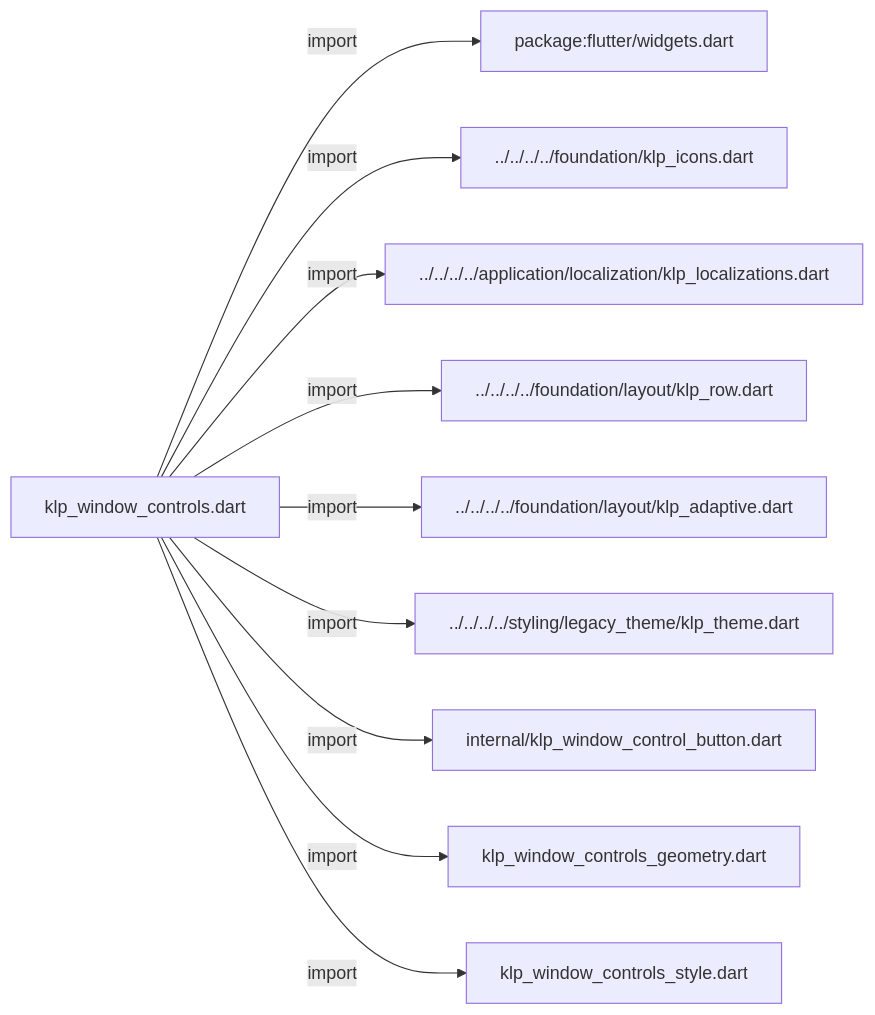
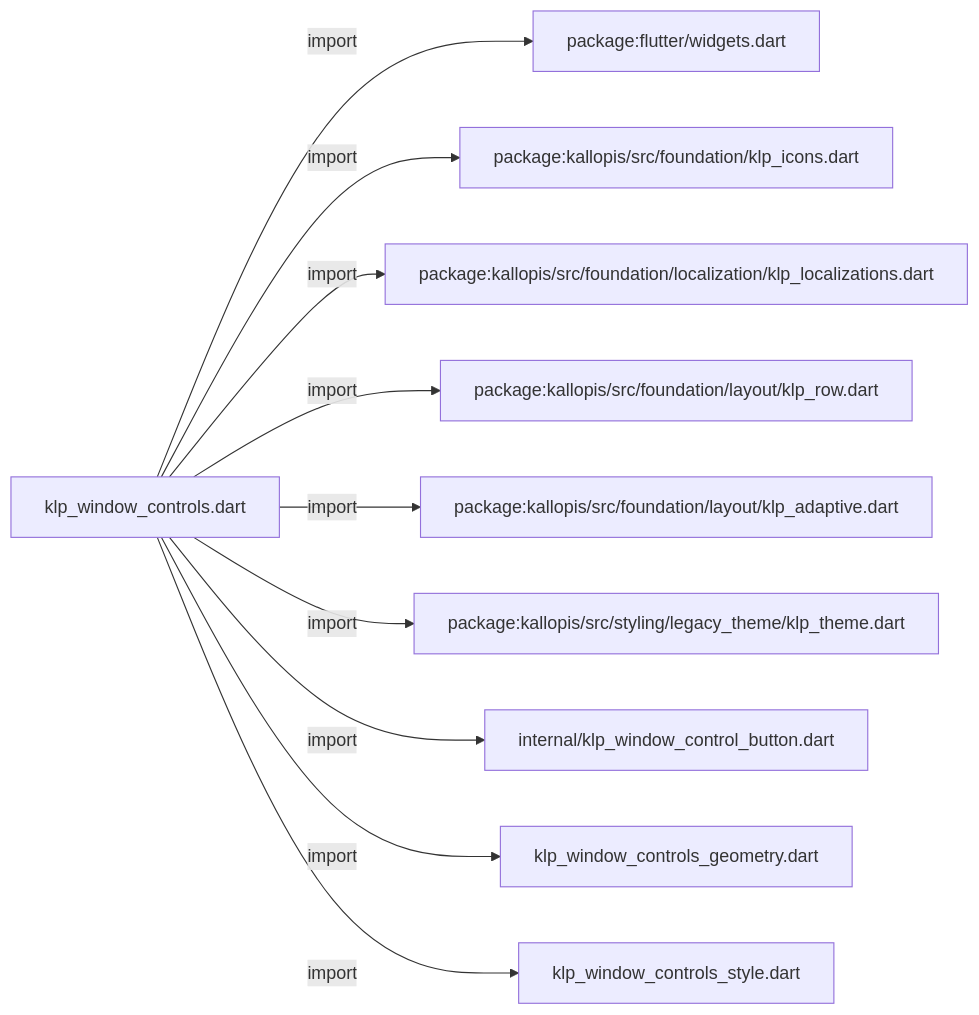
The first of 3 diagrams in docs/architecture/src/features/workspace/shell/window/klp_window_controls.md (MiuDog/Kallopis), drawn with Mermaid before and after one commit. The commit also changed other lines of this file and 9688 other files, not shown here.

Commit message:
Prepare isolated Flow F2 peer baseline

````diff
--- a/docs/architecture/src/features/workspace/shell/window/klp_window_controls.md
+++ b/docs/architecture/src/features/workspace/shell/window/klp_window_controls.md
@@ -11,22 +11,22 @@
 ```mermaid
 flowchart LR
 	n0["klp_window_controls.dart"]
 	n1["package:flutter/widgets.dart"]
-	n2["../../../../foundation/klp_icons.dart"]
-	n3["../../../../application/localization/klp_localizations.dart"]
-	n4["../../../../foundation/layout/klp_row.dart"]
-	n5["../../../../foundation/layout/klp_adaptive.dart"]
-	n6["../../../../styling/legacy_theme/klp_theme.dart"]
+	n2["package:kallopis/src/foundation/klp_icons.dart"]
+	n3["package:kallopis/src/foundation/localization/klp_localizations.dart"]
+	n4["package:kallopis/src/foundation/layout/klp_row.dart"]
+	n5["package:kallopis/src/foundation/layout/klp_adaptive.dart"]
+	n6["package:kallopis/src/styling/legacy_theme/klp_theme.dart"]
 	n7["internal/klp_window_control_button.dart"]
 	n8["klp_window_controls_geometry.dart"]
 	n9["klp_window_controls_style.dart"]
 	n0 -->|"import"| n1
 	n0 -->|"import"| n2
 	n0 -->|"import"| n3
 	n0 -->|"import"| n4
 	n0 -->|"import"| n5
 	n0 -->|"import"| n6
 	n0 -->|"import"| n7
 	n0 -->|"import"| n8
 	n0 -->|"import"| n9
 ```
````
